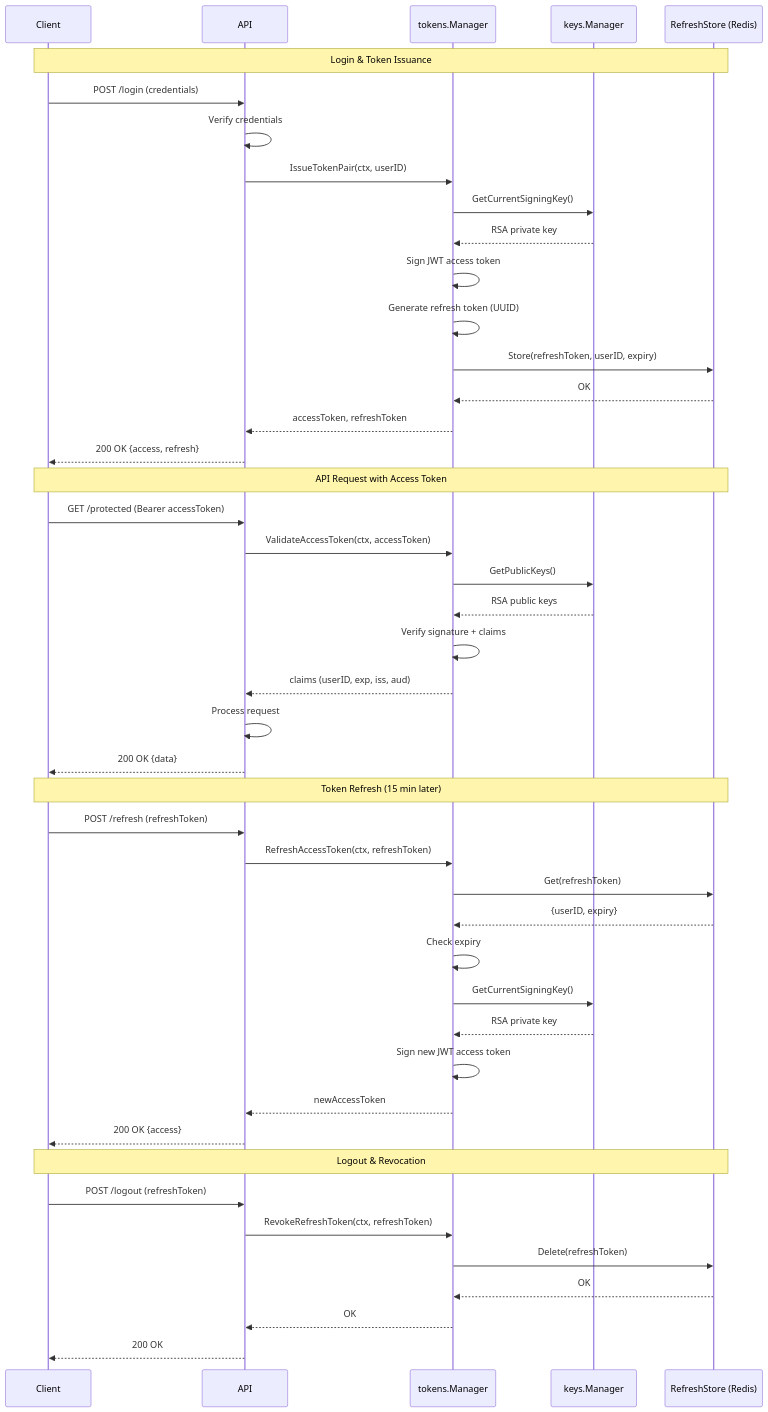
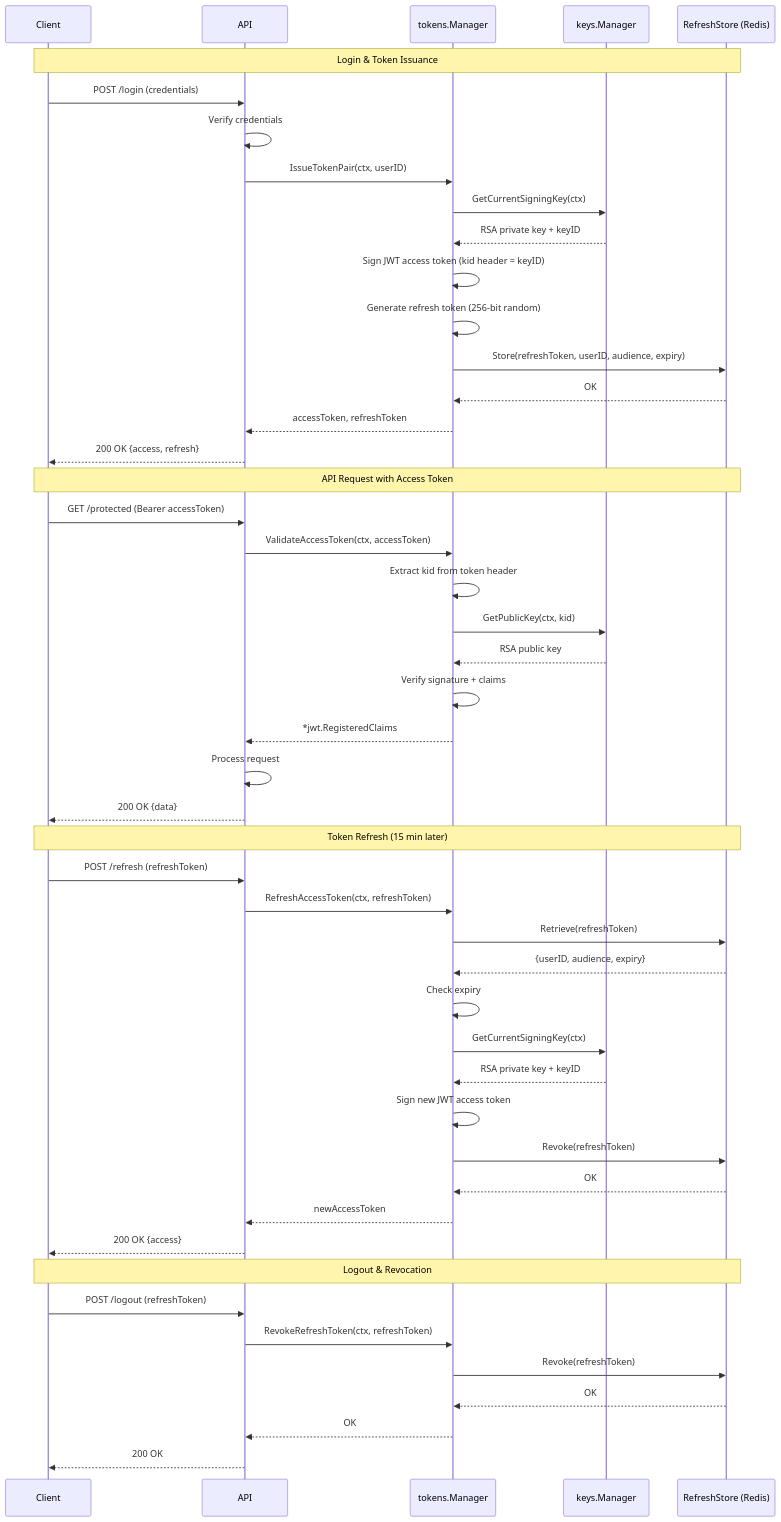
The third of 3 diagrams in README.md (aetomala/jwtauth), drawn with Mermaid before and after one commit. The commit also changed other lines of this file and 80 other files, not shown here.

````diff
--- a/README.md
+++ b/README.md
@@ -653,55 +658,58 @@
 ```mermaid
 sequenceDiagram
     participant Client
     participant API
     participant Manager as tokens.Manager
     participant KeyMgr as keys.Manager
     participant Redis as RefreshStore (Redis)
 
     Note over Client,Redis: Login & Token Issuance
     
     Client->>API: POST /login (credentials)
     API->>API: Verify credentials
     API->>Manager: IssueTokenPair(ctx, userID)
-    Manager->>KeyMgr: GetCurrentSigningKey()
-    KeyMgr-->>Manager: RSA private key
-    Manager->>Manager: Sign JWT access token
-    Manager->>Manager: Generate refresh token (UUID)
-    Manager->>Redis: Store(refreshToken, userID, expiry)
+    Manager->>KeyMgr: GetCurrentSigningKey(ctx)
+    KeyMgr-->>Manager: RSA private key + keyID
+    Manager->>Manager: Sign JWT access token (kid header = keyID)
+    Manager->>Manager: Generate refresh token (256-bit random)
+    Manager->>Redis: Store(refreshToken, userID, audience, expiry)
     Redis-->>Manager: OK
     Manager-->>API: accessToken, refreshToken
     API-->>Client: 200 OK {access, refresh}
 
     Note over Client,Redis: API Request with Access Token
     
     Client->>API: GET /protected (Bearer accessToken)
     API->>Manager: ValidateAccessToken(ctx, accessToken)
-    Manager->>KeyMgr: GetPublicKeys()
-    KeyMgr-->>Manager: RSA public keys
+    Manager->>Manager: Extract kid from token header
+    Manager->>KeyMgr: GetPublicKey(ctx, kid)
+    KeyMgr-->>Manager: RSA public key
     Manager->>Manager: Verify signature + claims
-    Manager-->>API: claims (userID, exp, iss, aud)
+    Manager-->>API: *jwt.RegisteredClaims
     API->>API: Process request
     API-->>Client: 200 OK {data}
 
     Note over Client,Redis: Token Refresh (15 min later)
     
     Client->>API: POST /refresh (refreshToken)
     API->>Manager: RefreshAccessToken(ctx, refreshToken)
-    Manager->>Redis: Get(refreshToken)
-    Redis-->>Manager: {userID, expiry}
+    Manager->>Redis: Retrieve(refreshToken)
+    Redis-->>Manager: {userID, audience, expiry}
     Manager->>Manager: Check expiry
-    Manager->>KeyMgr: GetCurrentSigningKey()
-    KeyMgr-->>Manager: RSA private key
+    Manager->>KeyMgr: GetCurrentSigningKey(ctx)
+    KeyMgr-->>Manager: RSA private key + keyID
     Manager->>Manager: Sign new JWT access token
+    Manager->>Redis: Revoke(refreshToken)
+    Redis-->>Manager: OK
     Manager-->>API: newAccessToken
     API-->>Client: 200 OK {access}
 
     Note over Client,Redis: Logout & Revocation
     
     Client->>API: POST /logout (refreshToken)
     API->>Manager: RevokeRefreshToken(ctx, refreshToken)
-    Manager->>Redis: Delete(refreshToken)
+    Manager->>Redis: Revoke(refreshToken)
     Redis-->>Manager: OK
     Manager-->>API: OK
     API-->>Client: 200 OK
 ```
````
